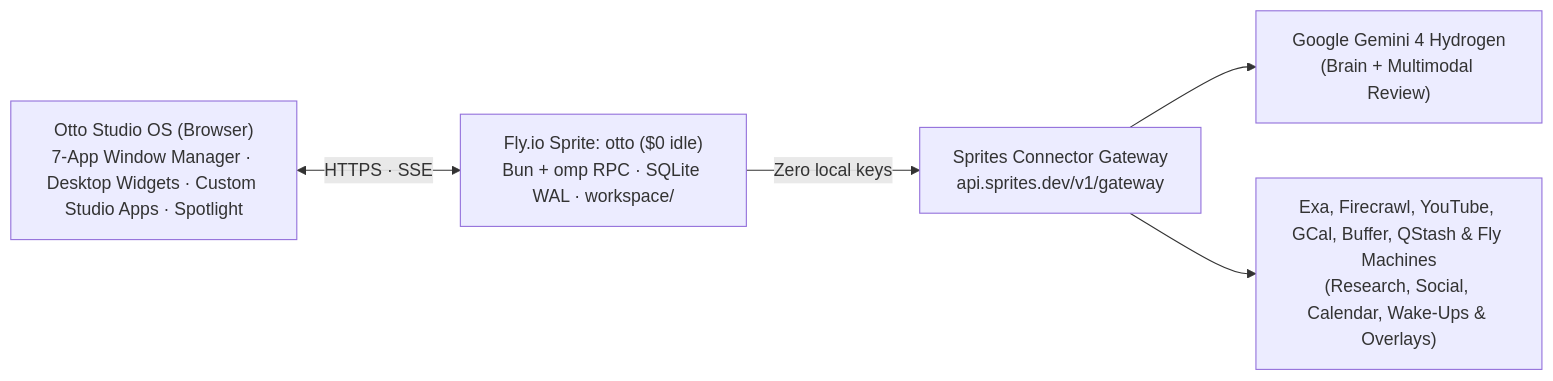
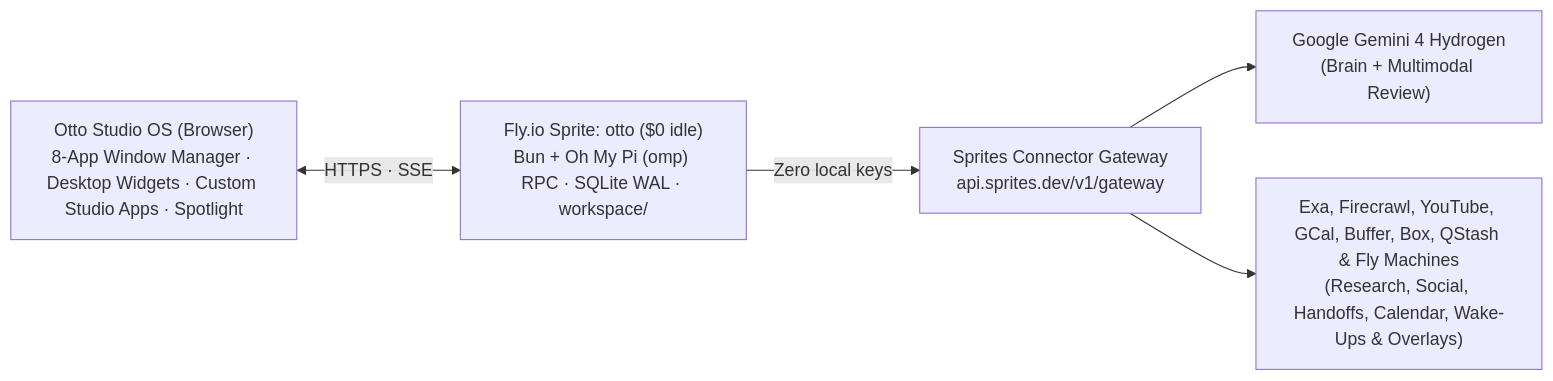
One commit to roffidaijoubu/otto changed the diagram in README.md. Above: the diagram before and after it, drawn with Mermaid. The commit also changed other lines of this file, not shown here.

Commit message:
docs: sync README with 8-app Otto OS, Box handoff, and Oh My Pi attribution

````diff
--- a/README.md
+++ b/README.md
@@ -60,7 +60,7 @@
 ```mermaid
 flowchart LR
-    U["Otto Studio OS (Browser)<br/>7-App Window Manager · Desktop Widgets · Custom Studio Apps · Spotlight"] <-->|"HTTPS · SSE"| S["Fly.io Sprite: otto ($0 idle)<br/>Bun + omp RPC · SQLite WAL · workspace/"]
+    U["Otto Studio OS (Browser)<br/>8-App Window Manager · Desktop Widgets · Custom Studio Apps · Spotlight"] <-->|"HTTPS · SSE"| S["Fly.io Sprite: otto ($0 idle)<br/>Bun + Oh My Pi (omp) RPC · SQLite WAL · workspace/"]
     S -->|"Zero local keys"| G["Sprites Connector Gateway<br/>api.sprites.dev/v1/gateway"]
     G --> M["Google Gemini 4 Hydrogen<br/>(Brain + Multimodal Review)"]
-    G --> E["Exa, Firecrawl, YouTube, GCal, Buffer, QStash &amp; Fly Machines<br/>(Research, Social, Calendar, Wake-Ups &amp; Overlays)"]
+    G --> E["Exa, Firecrawl, YouTube, GCal, Buffer, Box, QStash &amp; Fly Machines<br/>(Research, Social, Handoffs, Calendar, Wake-Ups &amp; Overlays)"]
 ```
````
